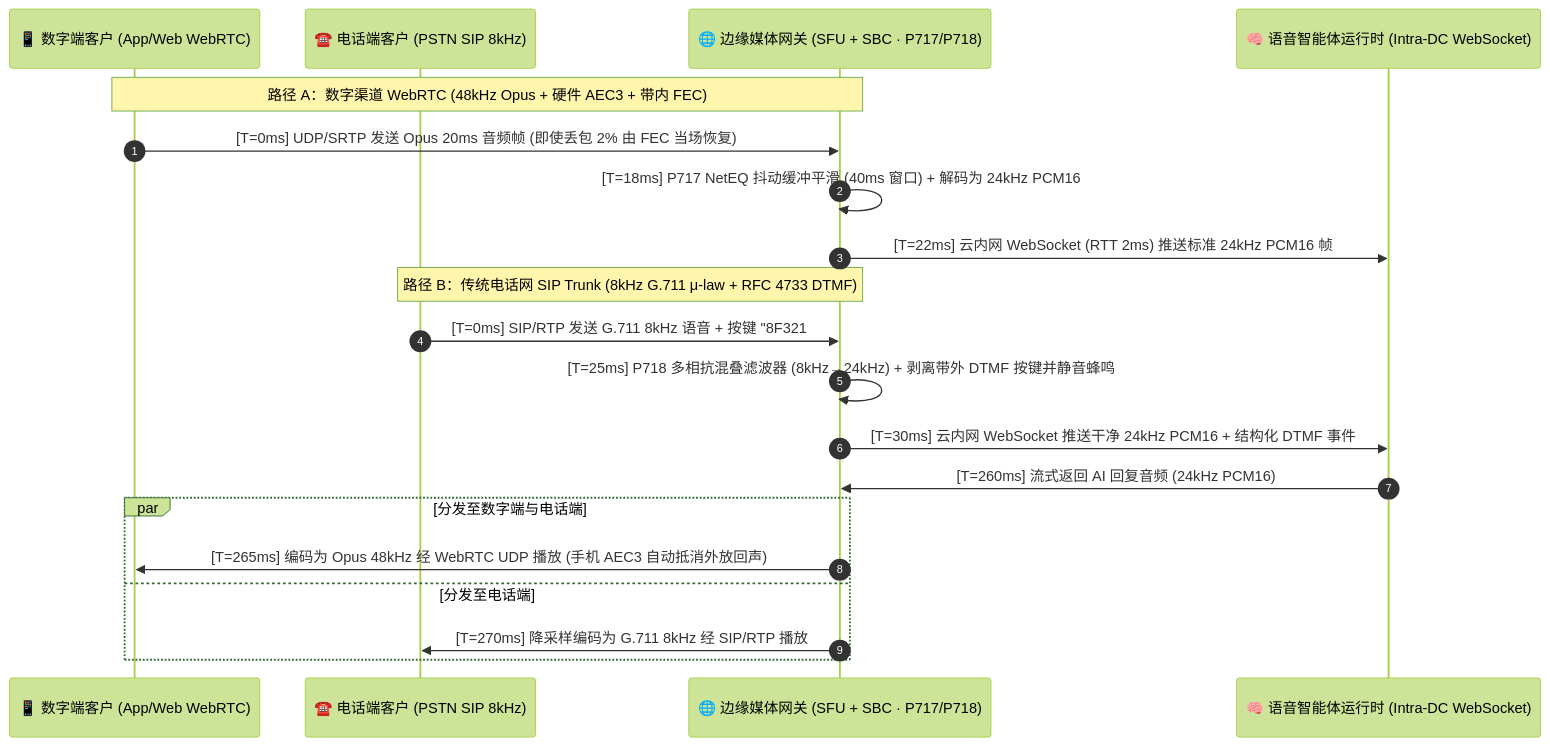
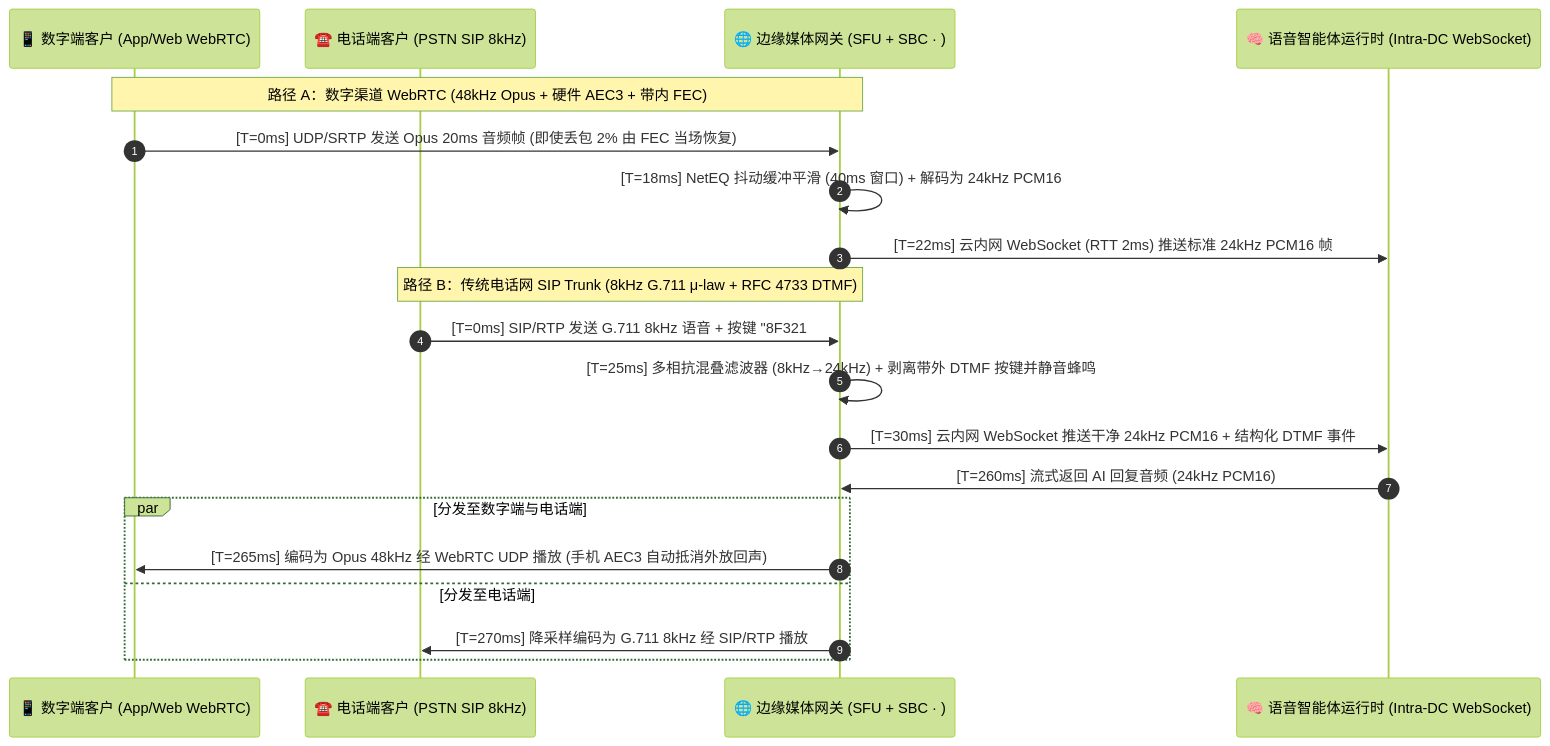
Before and after one commit to turbo998/voice-agent-lab: the third of 3 diagrams in docs/webrtc-vs-websocket-vs-sip-ingress-selection-faq.md, drawn with Mermaid (forest theme). The commit also changed other lines of this file and 715 other files, not shown here.

````diff
--- a/docs/webrtc-vs-websocket-vs-sip-ingress-selection-faq.md
+++ b/docs/webrtc-vs-websocket-vs-sip-ingress-selection-faq.md
@@ -155,25 +155,25 @@
 ```mermaid
 sequenceDiagram
-    autonumber
-    participant App as 📱 数字端客户 (App/Web WebRTC)
-    participant Phone as ☎️ 电话端客户 (PSTN SIP 8kHz)
-    participant Edge as 🌐 边缘媒体网关 (SFU + SBC · P717/P718)
-    participant Model as 🧠 语音智能体运行时 (Intra-DC WebSocket)
+ autonumber
+ participant App as 📱 数字端客户 (App/Web WebRTC)
+ participant Phone as ☎️ 电话端客户 (PSTN SIP 8kHz)
+ participant Edge as 🌐 边缘媒体网关 (SFU + SBC · )
+ participant Model as 🧠 语音智能体运行时 (Intra-DC WebSocket)
 
-    Note over App,Edge: 路径 A：数字渠道 WebRTC (48kHz Opus + 硬件 AEC3 + 带内 FEC)
-    App->>Edge: [T=0ms] UDP/SRTP 发送 Opus 20ms 音频帧 (即使丢包 2% 由 FEC 当场恢复)
-    Edge->>Edge: [T=18ms] P717 NetEQ 抖动缓冲平滑 (40ms 窗口) + 解码为 24kHz PCM16
-    Edge->>Model: [T=22ms] 云内网 WebSocket (RTT 2ms) 推送标准 24kHz PCM16 帧
+ Note over App,Edge: 路径 A：数字渠道 WebRTC (48kHz Opus + 硬件 AEC3 + 带内 FEC)
+ App->>Edge: [T=0ms] UDP/SRTP 发送 Opus 20ms 音频帧 (即使丢包 2% 由 FEC 当场恢复)
+ Edge->>Edge: [T=18ms] NetEQ 抖动缓冲平滑 (40ms 窗口) + 解码为 24kHz PCM16
+ Edge->>Model: [T=22ms] 云内网 WebSocket (RTT 2ms) 推送标准 24kHz PCM16 帧
 
-    Note over Phone,Edge: 路径 B：传统电话网 SIP Trunk (8kHz G.711 μ-law + RFC 4733 DTMF)
-    Phone->>Edge: [T=0ms] SIP/RTP 发送 G.711 8kHz 语音 + 按键 "8F321#" (RFC 4733 Event)
-    Edge->>Edge: [T=25ms] P718 多相抗混叠滤波器 (8kHz→24kHz) + 剥离带外 DTMF 按键并静音蜂鸣
-    Edge->>Model: [T=30ms] 云内网 WebSocket 推送干净 24kHz PCM16 + 结构化 DTMF 事件
+ Note over Phone,Edge: 路径 B：传统电话网 SIP Trunk (8kHz G.711 μ-law + RFC 4733 DTMF)
+ Phone->>Edge: [T=0ms] SIP/RTP 发送 G.711 8kHz 语音 + 按键 "8F321#" (RFC 4733 Event)
+ Edge->>Edge: [T=25ms] 多相抗混叠滤波器 (8kHz→24kHz) + 剥离带外 DTMF 按键并静音蜂鸣
+ Edge->>Model: [T=30ms] 云内网 WebSocket 推送干净 24kHz PCM16 + 结构化 DTMF 事件
 
-    Model->>Edge: [T=260ms] 流式返回 AI 回复音频 (24kHz PCM16)
-    par 分发至数字端与电话端
-        Edge->>App: [T=265ms] 编码为 Opus 48kHz 经 WebRTC UDP 播放 (手机 AEC3 自动抵消外放回声)
-    and 分发至电话端
-        Edge->>Phone: [T=270ms] 降采样编码为 G.711 8kHz 经 SIP/RTP 播放
-    end
+ Model->>Edge: [T=260ms] 流式返回 AI 回复音频 (24kHz PCM16)
+ par 分发至数字端与电话端
+ Edge->>App: [T=265ms] 编码为 Opus 48kHz 经 WebRTC UDP 播放 (手机 AEC3 自动抵消外放回声)
+ and 分发至电话端
+ Edge->>Phone: [T=270ms] 降采样编码为 G.711 8kHz 经 SIP/RTP 播放
+ end
 ```
````
